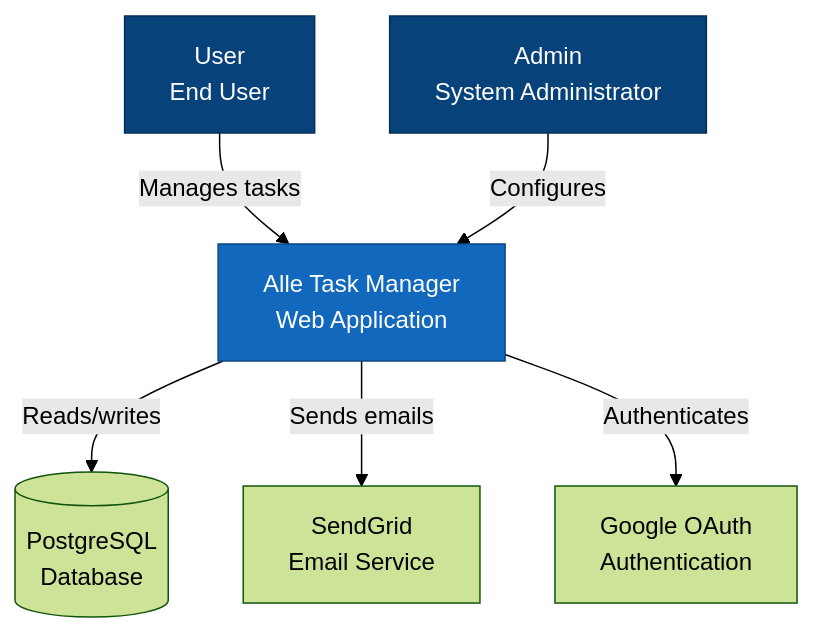
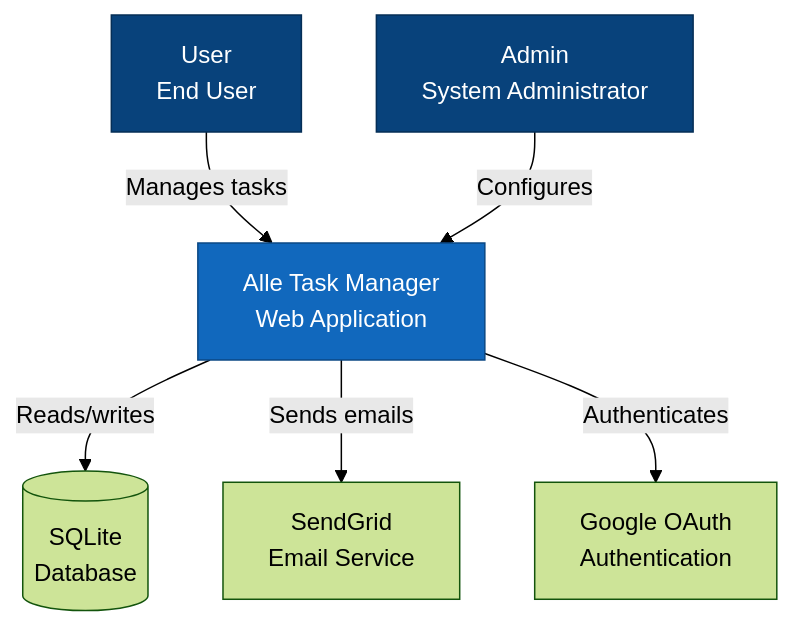
One commit to funkybooboo/alle changed the first of 9 diagrams in docs/devs/standards/diagramming-standards.md. Above: the diagram before and after it, drawn with Mermaid (forest theme). The commit also changed other lines of this file and 37 other files, not shown here.

````diff
--- a/docs/devs/standards/diagramming-standards.md
+++ b/docs/devs/standards/diagramming-standards.md
@@ -64,22 +64,22 @@
 ```mermaid
 graph TB
     User[User<br/>End User]
     Admin[Admin<br/>System Administrator]
 
     System[Alle Task Manager<br/>Web Application]
 
-    DB[(PostgreSQL<br/>Database)]
+    DB[(SQLite<br/>Database)]
     Email[SendGrid<br/>Email Service]
     Auth[Google OAuth<br/>Authentication]
 
     User -->|Manages tasks| System
     Admin -->|Configures| System
 
     System -->|Reads/writes| DB
     System -->|Sends emails| Email
     System -->|Authenticates| Auth
 
     style System fill:#1168bd,stroke:#0b4884,color:#ffffff
     style User fill:#08427b,stroke:#052e56,color:#ffffff
     style Admin fill:#08427b,stroke:#052e56,color:#ffffff
 ```
````
